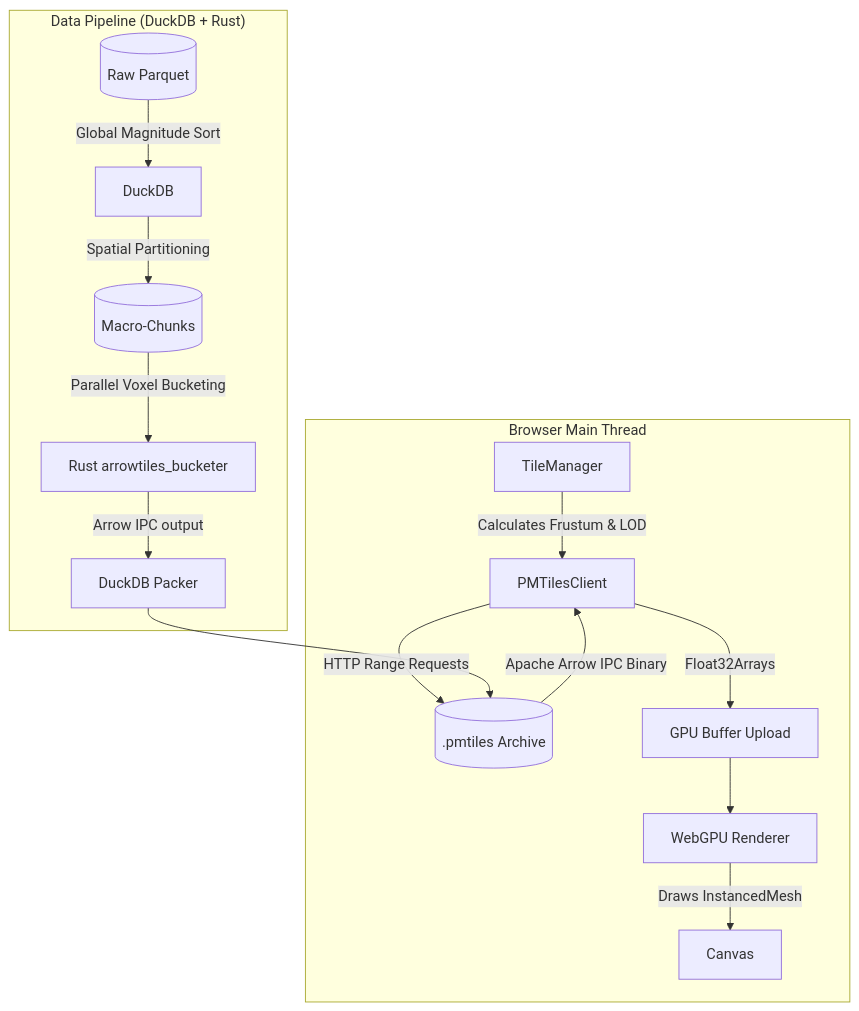
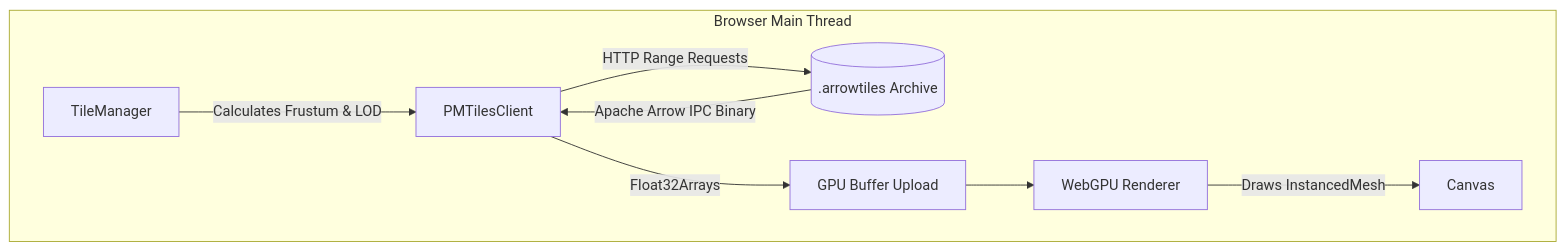
One commit to kai-erlenbusch/deepgraph-arrowtiles-sandbox changed the diagram in README.md. Above: the diagram before and after it, drawn with Mermaid. The commit also changed other lines of this file and 194 other files, not shown here.

````diff
--- a/README.md
+++ b/README.md
@@ -41,18 +51,11 @@
 ```mermaid
 graph TD
     subgraph Browser Main Thread
         TM[TileManager] -->|Calculates Frustum & LOD| PM[PMTilesClient]
-        PM -->|HTTP Range Requests| S3[(.pmtiles Archive)]
+        PM -->|HTTP Range Requests| S3[(.arrowtiles Archive)]
         S3 -->|Apache Arrow IPC Binary| PM
         PM -->|Float32Arrays| BUF[GPU Buffer Upload]
         BUF --> R[WebGPU Renderer]
         R -->|Draws InstancedMesh| C[Canvas]
     end
-    subgraph Backend ["Data Pipeline (DuckDB + Rust)"]
-        RAW[(Raw Parquet)] -->|Global Magnitude Sort| DDB[DuckDB]
-        DDB -->|Spatial Partitioning| CHUNKS[(Macro-Chunks)]
-        CHUNKS -->|Parallel Voxel Bucketing| RUST[Rust arrowtiles_bucketer]
-        RUST -->|Arrow IPC output| PACK[DuckDB Packer]
-        PACK --> S3
-    end
 ```
````
